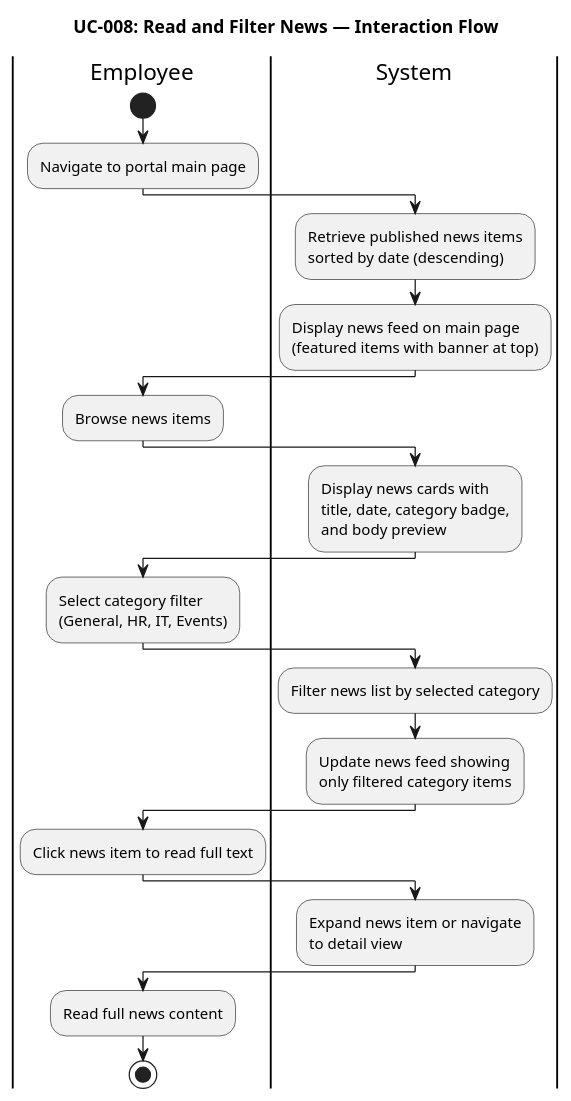
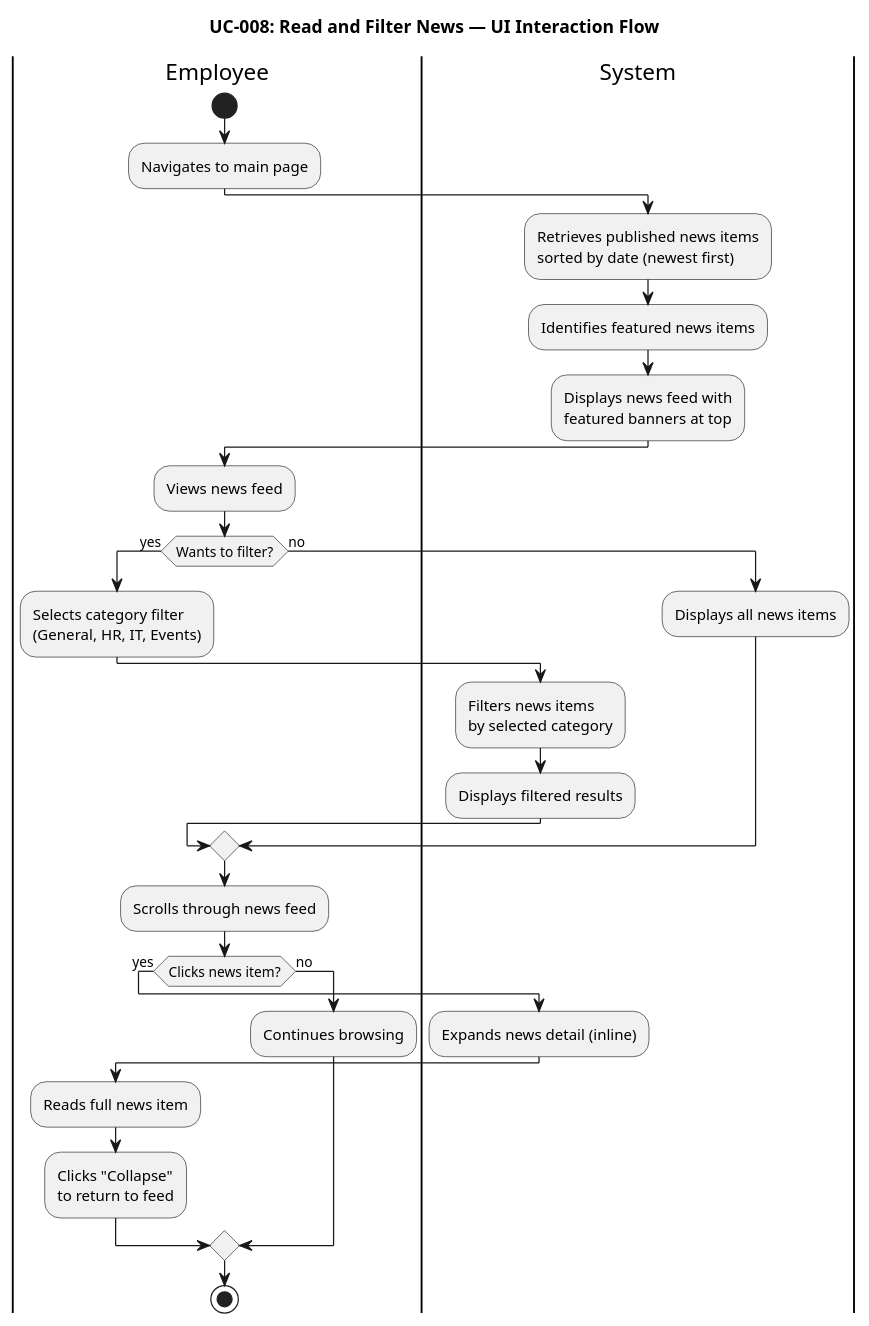
One commit to banense-test/portal-cuba-corp changed diagram 24 of 32 in docs/artifacts/analysis---design/design-model.md. Above: the diagram before and after it, drawn with PlantUML. The commit also changed other lines of this file, not shown here.

````diff
--- a/docs/artifacts/analysis---design/design-model.md
+++ b/docs/artifacts/analysis---design/design-model.md
@@ -2118,33 +1968,35 @@
 ```plantuml
 @startuml
-title UC-008: Read and Filter News — Interaction Flow
-
-|Employee|
-|System|
+title UC-008: Read and Filter News — UI Interaction Flow
 
 |Employee|
 start
-:Navigate to portal main page;
+:Navigates to main page;
 |System|
-:Retrieve published news items\nsorted by date (descending);
-|System|
-:Display news feed on main page\n(featured items with banner at top);
+:Retrieves published news items\nsorted by date (newest first);
+:Identifies featured news items;
+:Displays news feed with\nfeatured banners at top;
 |Employee|
-:Browse news items;
-|System|
-:Display news cards with\ntitle, date, category badge,\nand body preview;
+:Views news feed;
+if (Wants to filter?) then (yes)
+  :Selects category filter\n(General, HR, IT, Events);
+  |System|
+  :Filters news items\nby selected category;
+  :Displays filtered results;
+else (no)
+  :Displays all news items;
+endif
 |Employee|
-:Select category filter\n(General, HR, IT, Events);
-|System|
-:Filter news list by selected category;
-|System|
-:Update news feed showing\nonly filtered category items;
-|Employee|
-:Click news item to read full text;
-|System|
-:Expand news item or navigate\nto detail view;
-|Employee|
-:Read full news content;
+:Scrolls through news feed;
+if (Clicks news item?) then (yes)
+  |System|
+  :Expands news detail (inline);
+  |Employee|
+  :Reads full news item;
+  :Clicks "Collapse"\nto return to feed;
+else (no)
+  :Continues browsing;
+endif
 stop
 @enduml
 ```
````
